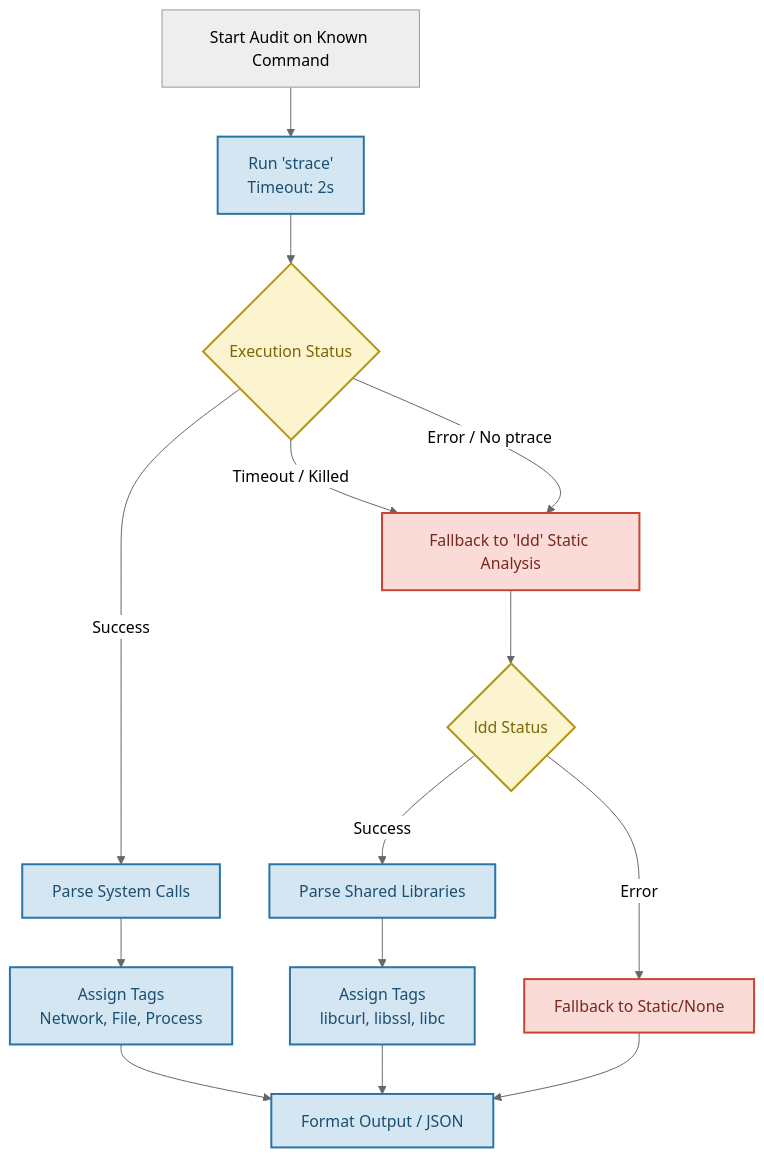
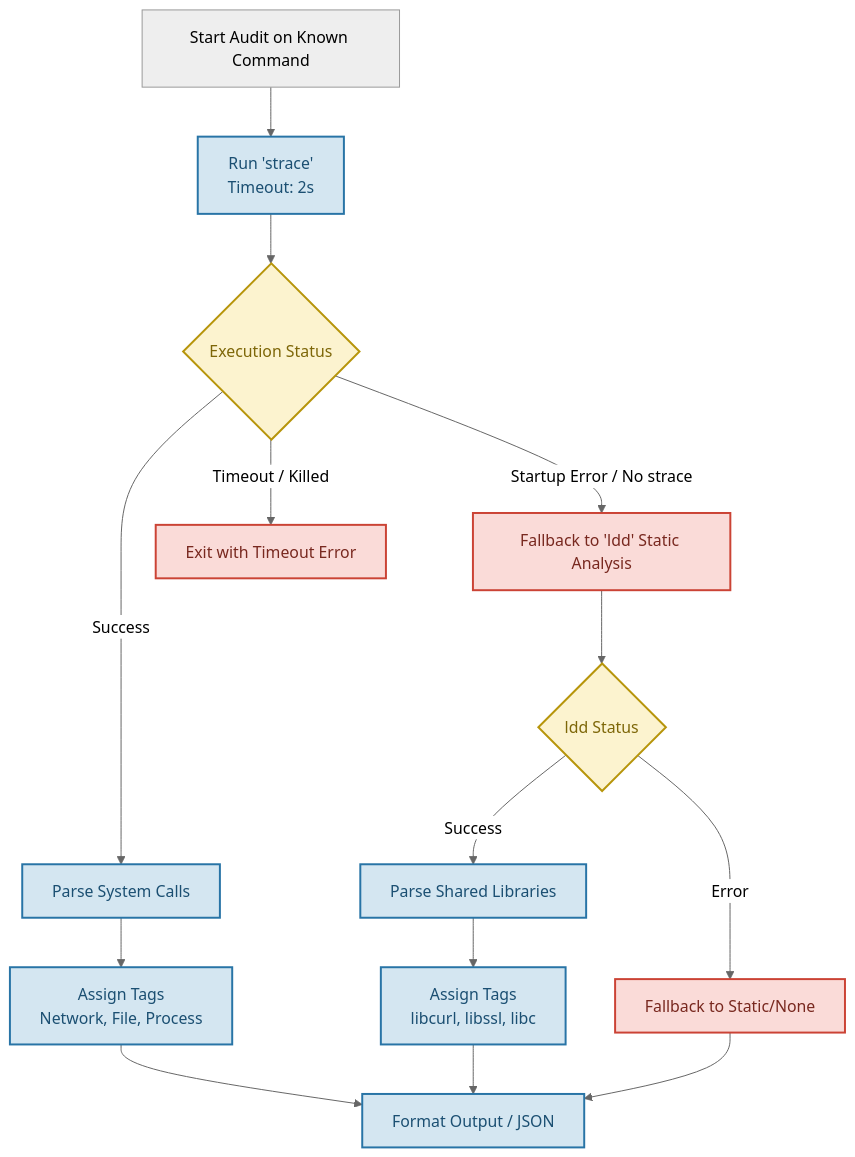
One commit to MnemOnicE/cli-commando changed the third of 3 diagrams in README.md. Above: the diagram before and after it, drawn with Mermaid (neutral theme).

````diff
--- a/README.md
+++ b/README.md
@@ -81,21 +81,21 @@
 ```mermaid
 flowchart TD
     classDef process fill:#d4e6f1,stroke:#2874a6,stroke-width:2px,color:#1b4f72;
     classDef decision fill:#fcf3cf,stroke:#b7950b,stroke-width:2px,color:#7d6608;
     classDef database fill:#d5f5e3,stroke:#1e8449,stroke-width:2px,color:#145a32;
     classDef fallback fill:#fadbd8,stroke:#cb4335,stroke-width:2px,color:#78281f;
 
     StartAudit[Start Audit on Known Command] --> RunStrace[Run 'strace'<br/>Timeout: 2s]:::process
     RunStrace --> StraceStatus{Execution Status}:::decision
     StraceStatus -- Success --> ParseStrace[Parse System Calls]:::process
     ParseStrace --> AssignTagsStrace[Assign Tags<br/>Network, File, Process]:::process
-    StraceStatus -- Timeout / Killed --> LddFallback[Fallback to 'ldd' Static Analysis]:::fallback
-    StraceStatus -- Error / No ptrace --> LddFallback
+    StraceStatus -- Timeout / Killed --> ErrorExit[Exit with Timeout Error]:::fallback
+    StraceStatus -- Startup Error / No strace --> LddFallback[Fallback to 'ldd' Static Analysis]:::fallback
     LddFallback --> LddStatus{ldd Status}:::decision
     LddStatus -- Success --> ParseLdd[Parse Shared Libraries]:::process
     ParseLdd --> AssignTagsLdd[Assign Tags<br/>libcurl, libssl, libc]:::process
     LddStatus -- Error --> StaticFallback[Fallback to Static/None]:::fallback
     StaticFallback --> Output[Format Output / JSON]:::process
     AssignTagsStrace --> Output
     AssignTagsLdd --> Output
 ```
````
